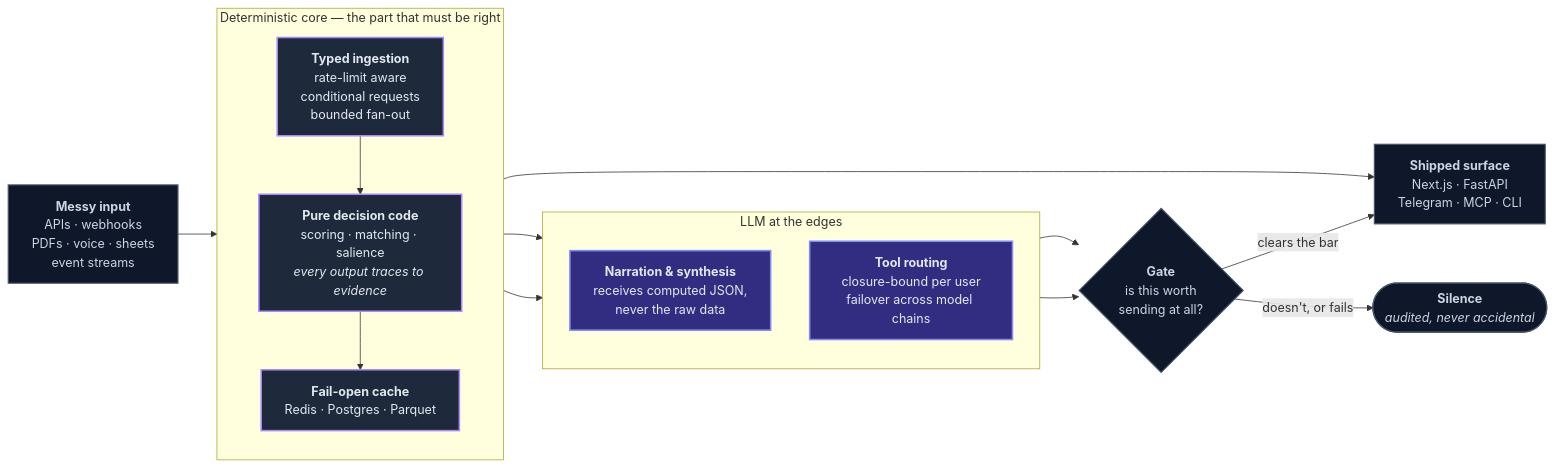
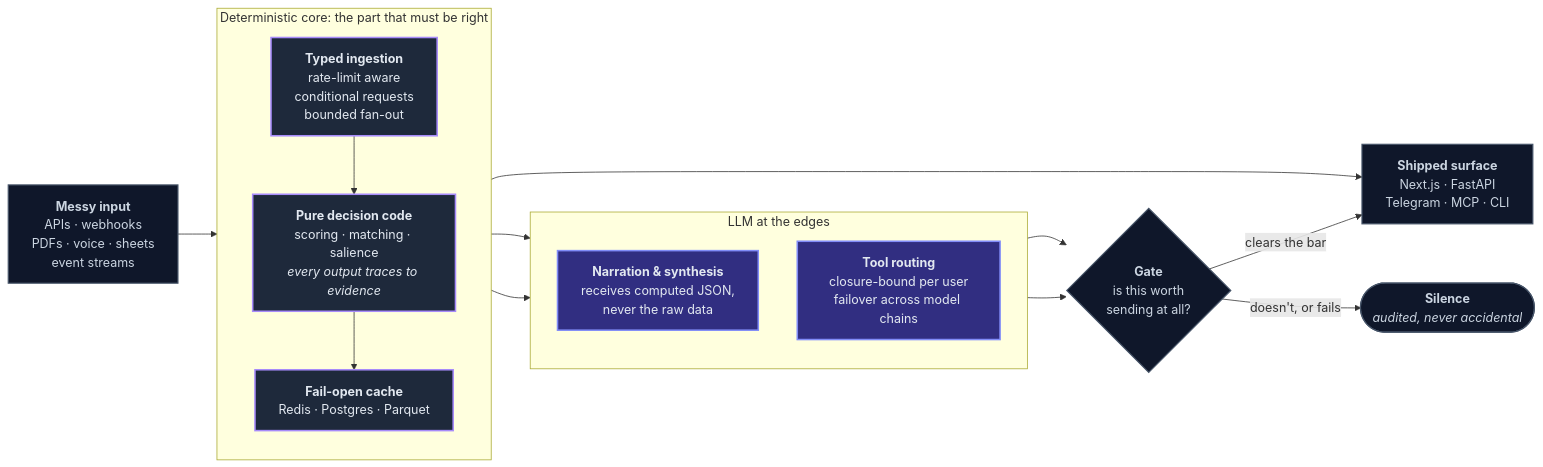
Before and after one commit to Shaan-alpha/Shaan-alpha: the first of 3 diagrams in README.md, drawn with Mermaid. The commit also changed other lines of this file, not shown here.

````diff
--- a/README.md
+++ b/README.md
@@ -42,38 +42,38 @@
 ```mermaid
 flowchart LR
     IN["<b>Messy input</b><br/>APIs · webhooks<br/>PDFs · voice · sheets<br/>event streams"]
 
-    subgraph CORE ["Deterministic core — the part that must be right"]
+    subgraph CORE ["Deterministic core: the part that must be right"]
         direction TB
         ING["<b>Typed ingestion</b><br/>rate-limit aware<br/>conditional requests<br/>bounded fan-out"]
         LOGIC["<b>Pure decision code</b><br/>scoring · matching · salience<br/><i>every output traces to evidence</i>"]
         CACHE["<b>Fail-open cache</b><br/>Redis · Postgres · Parquet"]
         ING --> LOGIC --> CACHE
     end
 
     subgraph EDGE ["LLM at the edges"]
         direction TB
         NARR["<b>Narration &amp; synthesis</b><br/>receives computed JSON,<br/>never the raw data"]
         ROUTE["<b>Tool routing</b><br/>closure-bound per user<br/>failover across model chains"]
     end
 
     GATE{"<b>Gate</b><br/>is this worth<br/>sending at all?"}
     OUT["<b>Shipped surface</b><br/>Next.js · FastAPI<br/>Telegram · MCP · CLI"]
     SILENT(["<b>Silence</b><br/><i>audited, never accidental</i>"])
 
     IN --> ING
     LOGIC --> NARR
     LOGIC --> ROUTE
     NARR --> GATE
     ROUTE --> GATE
     CACHE --> OUT
     GATE -->|"clears the bar"| OUT
     GATE -->|"doesn't, or fails"| SILENT
 
     classDef core fill:#1e293b,stroke:#a78bfa,stroke-width:2px,color:#e2e8f0
     classDef edge fill:#312e81,stroke:#818cf8,stroke-width:2px,color:#e2e8f0
     classDef term fill:#0f172a,stroke:#475569,stroke-width:1.5px,color:#cbd5e1
     class ING,LOGIC,CACHE core
     class NARR,ROUTE edge
     class IN,OUT,SILENT,GATE term
 ```
````
